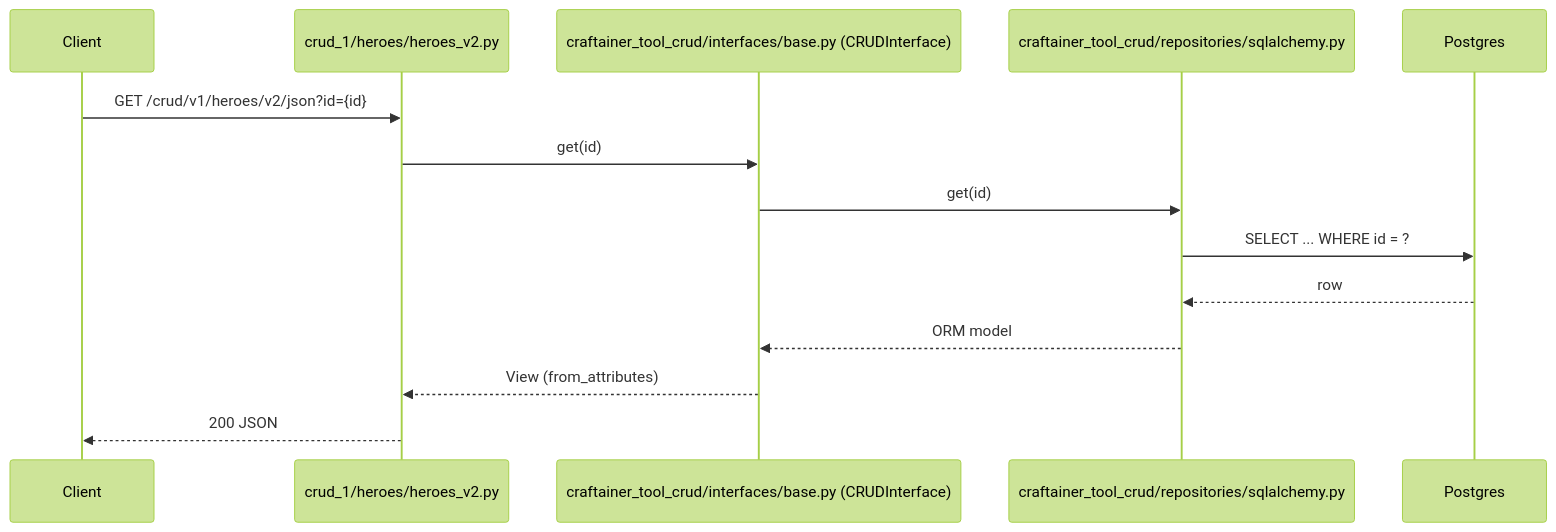
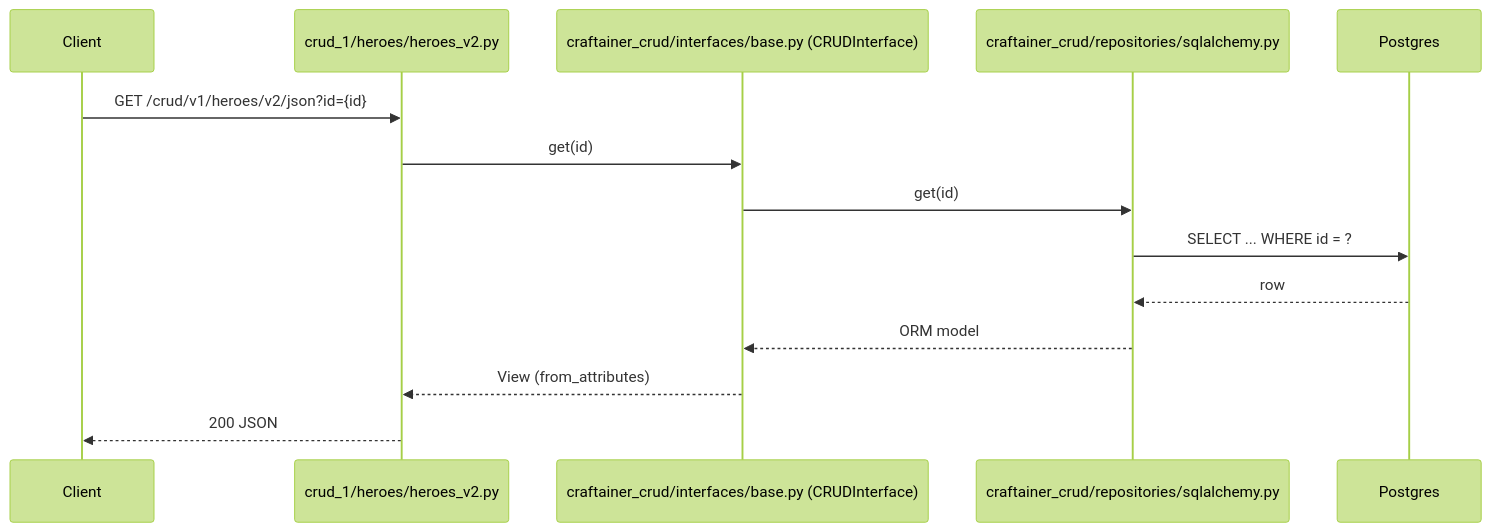
The second of 2 diagrams in src/app/README.md (craftainer/template-fastapi), drawn with Mermaid (forest theme) before and after one commit. The commit also changed other lines of this file and 90 other files, not shown here.

````diff
--- a/src/app/README.md
+++ b/src/app/README.md
@@ -435,17 +435,17 @@
 ```mermaid
 sequenceDiagram
     participant Client
     participant Controller as crud_1/heroes/heroes_v2.py
-    participant CRUD as craftainer_tool_crud/interfaces/base.py (CRUDInterface)
-    participant Repo as craftainer_tool_crud/repositories/sqlalchemy.py
+    participant CRUD as craftainer_crud/interfaces/base.py (CRUDInterface)
+    participant Repo as craftainer_crud/repositories/sqlalchemy.py
     participant DB as Postgres
 
     Client->>Controller: GET /crud/v1/heroes/v2/json?id={id}
     Controller->>CRUD: get(id)
     CRUD->>Repo: get(id)
     Repo->>DB: SELECT ... WHERE id = ?
     DB-->>Repo: row
     Repo-->>CRUD: ORM model
     CRUD-->>Controller: View (from_attributes)
     Controller-->>Client: 200 JSON
 ```
````
